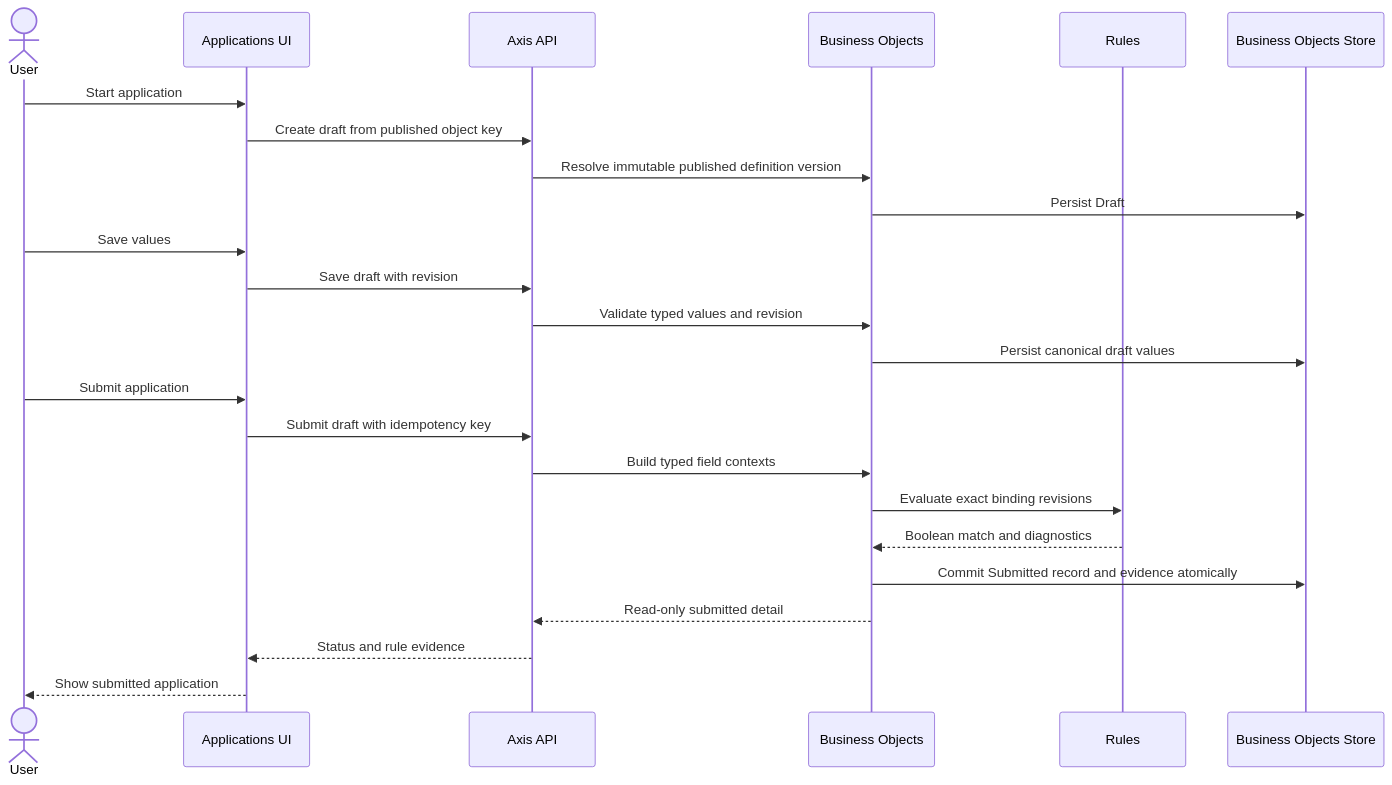
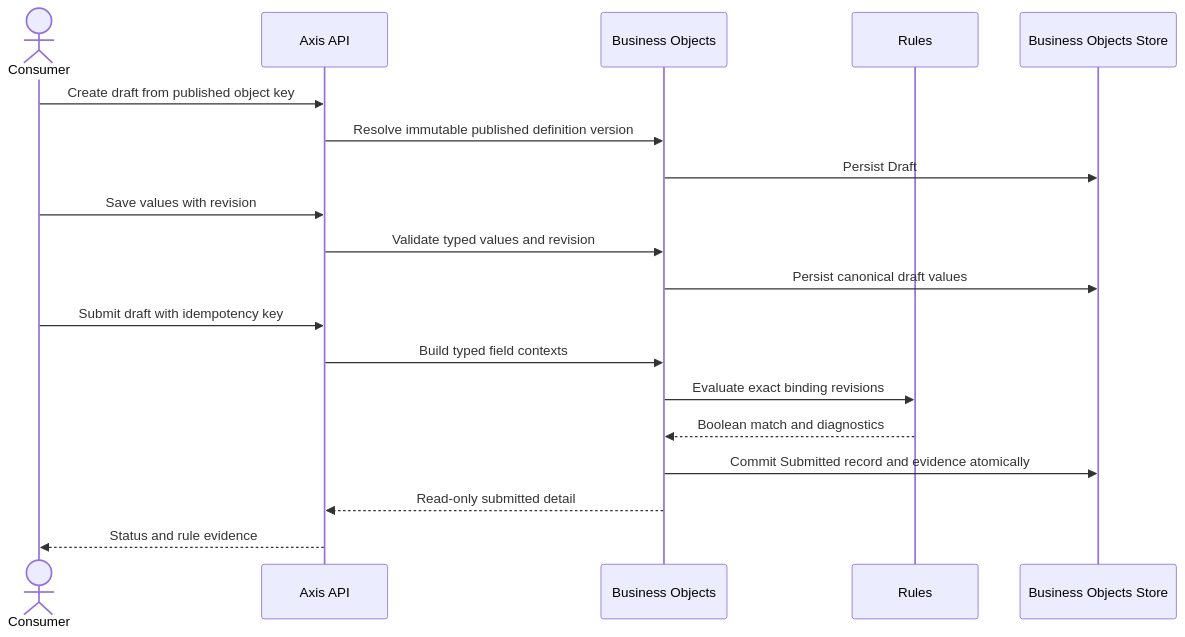
The diagram in docs/use-cases/business-objects/submit-business-object-record.md (phuongnse/axis), drawn with Mermaid before and after one commit. The commit also changed other lines of this file and 49 other files, not shown here.

````diff
--- a/docs/use-cases/business-objects/submit-business-object-record.md
+++ b/docs/use-cases/business-objects/submit-business-object-record.md
@@ -112,27 +105,22 @@
 ```mermaid
 sequenceDiagram
-  actor User
-  participant Web as Applications UI
+  actor Consumer
   participant API as Axis API
   participant BO as Business Objects
   participant Rules as Rules
   participant Store as Business Objects Store
 
-  User->>Web: Start application
-  Web->>API: Create draft from published object key
+  Consumer->>API: Create draft from published object key
   API->>BO: Resolve immutable published definition version
   BO->>Store: Persist Draft
-  User->>Web: Save values
-  Web->>API: Save draft with revision
+  Consumer->>API: Save values with revision
   API->>BO: Validate typed values and revision
   BO->>Store: Persist canonical draft values
-  User->>Web: Submit application
-  Web->>API: Submit draft with idempotency key
+  Consumer->>API: Submit draft with idempotency key
   API->>BO: Build typed field contexts
   BO->>Rules: Evaluate exact binding revisions
   Rules-->>BO: Boolean match and diagnostics
   BO->>Store: Commit Submitted record and evidence atomically
   BO-->>API: Read-only submitted detail
-  API-->>Web: Status and rule evidence
-  Web-->>User: Show submitted application
+  API-->>Consumer: Status and rule evidence
 ```
````
